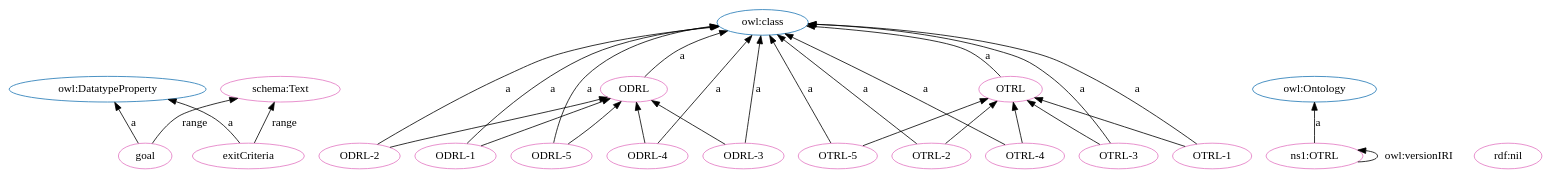
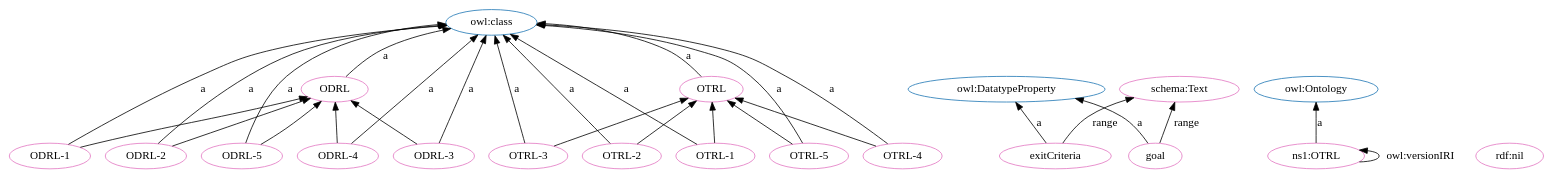
The diagram in OTRL.dot (OPEN-NEXT/OKH-LOSH), drawn with Graphviz before and after one commit. The commit also changed other lines of this file and 15 other files, not shown here.

```diff
--- a/OTRL.dot
+++ b/OTRL.dot
@@ -1,54 +1,54 @@
 digraph G {
   rankdir=BT
   node[height=.3]
+"http://purl.org/oseg/ontologies/OTRL#ODRL" [fillcolor="#1f77b4" color="#1f77b4" label="ODRL"]
+"http://www.w3.org/2002/07/owl#class" [fillcolor="#1f77b4" color="#1f77b4" label="owl:class"]
 "http://www.w3.org/2002/07/owl#DatatypeProperty" [fillcolor="#1f77b4" color="#1f77b4" label="owl:DatatypeProperty"]
-"http://www.w3.org/2002/07/owl#class" [fillcolor="#1f77b4" color="#1f77b4" label="owl:class"]
-"http://purl.org/oseg/ontologies/OTRL#ODRL" [fillcolor="#1f77b4" color="#1f77b4" label="ODRL"]
 "http://purl.org/oseg/ontologies/OTRL#OTRL" [fillcolor="#1f77b4" color="#1f77b4" label="OTRL"]
 "http://www.w3.org/2002/07/owl#Ontology" [fillcolor="#1f77b4" color="#1f77b4" label="owl:Ontology"]
 "http://schema.org/Text" [fillcolor="#e377c2" color="#e377c2" label="schema:Text"]
+"http://purl.org/oseg/ontologies/OTRL#OTRL-2" [fillcolor="#e377c2" color="#e377c2" label="OTRL-2"]
+"http://purl.org/oseg/ontologies/OTRL#exitCriteria" [fillcolor="#e377c2" color="#e377c2" label="exitCriteria"]
 "http://purl.org/oseg/ontologies/OTRL#OTRL" [fillcolor="#e377c2" color="#e377c2" label="OTRL"]
 "http://purl.org/oseg/ontologies/OTRL#ODRL" [fillcolor="#e377c2" color="#e377c2" label="ODRL"]
+"http://purl.org/oseg/ontologies/OTRL#ODRL-2" [fillcolor="#e377c2" color="#e377c2" label="ODRL-2"]
+"http://purl.org/oseg/ontologies/OTRL" [fillcolor="#e377c2" color="#e377c2" label="ns1:OTRL"]
+"http://www.w3.org/1999/02/22-rdf-syntax-ns#nil" [fillcolor="#e377c2" color="#e377c2" label="rdf:nil"]
+"http://purl.org/oseg/ontologies/OTRL#OTRL-3" [fillcolor="#e377c2" color="#e377c2" label="OTRL-3"]
+"http://purl.org/oseg/ontologies/OTRL#OTRL-1" [fillcolor="#e377c2" color="#e377c2" label="OTRL-1"]
+"http://purl.org/oseg/ontologies/OTRL#ODRL-1" [fillcolor="#e377c2" color="#e377c2" label="ODRL-1"]
+"http://purl.org/oseg/ontologies/OTRL#ODRL-5" [fillcolor="#e377c2" color="#e377c2" label="ODRL-5"]
+"http://purl.org/oseg/ontologies/OTRL#ODRL-3" [fillcolor="#e377c2" color="#e377c2" label="ODRL-3"]
 "http://purl.org/oseg/ontologies/OTRL#goal" [fillcolor="#e377c2" color="#e377c2" label="goal"]
-"http://purl.org/oseg/ontologies/OTRL#ODRL-1" [fillcolor="#e377c2" color="#e377c2" label="ODRL-1"]
-"http://purl.org/oseg/ontologies/OTRL" [fillcolor="#e377c2" color="#e377c2" label="ns1:OTRL"]
-"http://purl.org/oseg/ontologies/OTRL#OTRL-2" [fillcolor="#e377c2" color="#e377c2" label="OTRL-2"]
-"http://purl.org/oseg/ontologies/OTRL#ODRL-2" [fillcolor="#e377c2" color="#e377c2" label="ODRL-2"]
+"http://purl.org/oseg/ontologies/OTRL#ODRL-4" [fillcolor="#e377c2" color="#e377c2" label="ODRL-4"]
+"http://purl.org/oseg/ontologies/OTRL#OTRL-4" [fillcolor="#e377c2" color="#e377c2" label="OTRL-4"]
 "http://purl.org/oseg/ontologies/OTRL#OTRL-5" [fillcolor="#e377c2" color="#e377c2" label="OTRL-5"]
-"http://www.w3.org/1999/02/22-rdf-syntax-ns#nil" [fillcolor="#e377c2" color="#e377c2" label="rdf:nil"]
-"http://purl.org/oseg/ontologies/OTRL#OTRL-4" [fillcolor="#e377c2" color="#e377c2" label="OTRL-4"]
-"http://purl.org/oseg/ontologies/OTRL#ODRL-5" [fillcolor="#e377c2" color="#e377c2" label="ODRL-5"]
-"http://purl.org/oseg/ontologies/OTRL#OTRL-1" [fillcolor="#e377c2" color="#e377c2" label="OTRL-1"]
-"http://purl.org/oseg/ontologies/OTRL#ODRL-3" [fillcolor="#e377c2" color="#e377c2" label="ODRL-3"]
-"http://purl.org/oseg/ontologies/OTRL#OTRL-3" [fillcolor="#e377c2" color="#e377c2" label="OTRL-3"]
-"http://purl.org/oseg/ontologies/OTRL#ODRL-4" [fillcolor="#e377c2" color="#e377c2" label="ODRL-4"]
-"http://purl.org/oseg/ontologies/OTRL#exitCriteria" [fillcolor="#e377c2" color="#e377c2" label="exitCriteria"]
+  "http://purl.org/oseg/ontologies/OTRL#OTRL-2" -> "http://www.w3.org/2002/07/owl#class" [label="a"]
+  "http://purl.org/oseg/ontologies/OTRL#exitCriteria" -> "http://www.w3.org/2002/07/owl#DatatypeProperty" [label="a"]
+  "http://purl.org/oseg/ontologies/OTRL#ODRL" -> "http://www.w3.org/2002/07/owl#class" [label="a"]
+  "http://purl.org/oseg/ontologies/OTRL#ODRL-2" -> "http://www.w3.org/2002/07/owl#class" [label="a"]
+  "http://purl.org/oseg/ontologies/OTRL" -> "http://www.w3.org/2002/07/owl#Ontology" [label="a"]
+  "http://purl.org/oseg/ontologies/OTRL#ODRL-1" -> "http://www.w3.org/2002/07/owl#class" [label="a"]
+  "http://purl.org/oseg/ontologies/OTRL#ODRL-4" -> "http://purl.org/oseg/ontologies/OTRL#ODRL" [label=""]
   "http://purl.org/oseg/ontologies/OTRL#OTRL" -> "http://www.w3.org/2002/07/owl#class" [label="a"]
+  "http://purl.org/oseg/ontologies/OTRL#ODRL-5" -> "http://www.w3.org/2002/07/owl#class" [label="a"]
+  "http://purl.org/oseg/ontologies/OTRL#OTRL-3" -> "http://purl.org/oseg/ontologies/OTRL#OTRL" [label=""]
+  "http://purl.org/oseg/ontologies/OTRL#goal" -> "http://www.w3.org/2002/07/owl#DatatypeProperty" [label="a"]
+  "http://purl.org/oseg/ontologies/OTRL#ODRL-2" -> "http://purl.org/oseg/ontologies/OTRL#ODRL" [label=""]
+  "http://purl.org/oseg/ontologies/OTRL#OTRL-1" -> "http://purl.org/oseg/ontologies/OTRL#OTRL" [label=""]
+  "http://purl.org/oseg/ontologies/OTRL#exitCriteria" -> "http://schema.org/Text" [label="range"]
+  "http://purl.org/oseg/ontologies/OTRL" -> "http://purl.org/oseg/ontologies/OTRL" [label="owl:versionIRI"]
+  "http://purl.org/oseg/ontologies/OTRL#OTRL-3" -> "http://www.w3.org/2002/07/owl#class" [label="a"]
+  "http://purl.org/oseg/ontologies/OTRL#OTRL-1" -> "http://www.w3.org/2002/07/owl#class" [label="a"]
+  "http://purl.org/oseg/ontologies/OTRL#ODRL-5" -> "http://purl.org/oseg/ontologies/OTRL#ODRL" [label=""]
+  "http://purl.org/oseg/ontologies/OTRL#OTRL-5" -> "http://purl.org/oseg/ontologies/OTRL#OTRL" [label=""]
+  "http://purl.org/oseg/ontologies/OTRL#OTRL-5" -> "http://www.w3.org/2002/07/owl#class" [label="a"]
+  "http://purl.org/oseg/ontologies/OTRL#OTRL-4" -> "http://purl.org/oseg/ontologies/OTRL#OTRL" [label=""]
+  "http://purl.org/oseg/ontologies/OTRL#OTRL-2" -> "http://purl.org/oseg/ontologies/OTRL#OTRL" [label=""]
   "http://purl.org/oseg/ontologies/OTRL#ODRL-1" -> "http://purl.org/oseg/ontologies/OTRL#ODRL" [label=""]
-  "http://purl.org/oseg/ontologies/OTRL#ODRL-1" -> "http://www.w3.org/2002/07/owl#class" [label="a"]
-  "http://purl.org/oseg/ontologies/OTRL" -> "http://www.w3.org/2002/07/owl#Ontology" [label="a"]
-  "http://purl.org/oseg/ontologies/OTRL#ODRL-2" -> "http://www.w3.org/2002/07/owl#class" [label="a"]
-  "http://purl.org/oseg/ontologies/OTRL#OTRL-5" -> "http://www.w3.org/2002/07/owl#class" [label="a"]
+  "http://purl.org/oseg/ontologies/OTRL#ODRL-3" -> "http://www.w3.org/2002/07/owl#class" [label="a"]
+  "http://purl.org/oseg/ontologies/OTRL#goal" -> "http://schema.org/Text" [label="range"]
+  "http://purl.org/oseg/ontologies/OTRL#ODRL-4" -> "http://www.w3.org/2002/07/owl#class" [label="a"]
   "http://purl.org/oseg/ontologies/OTRL#OTRL-4" -> "http://www.w3.org/2002/07/owl#class" [label="a"]
   "http://purl.org/oseg/ontologies/OTRL#ODRL-3" -> "http://purl.org/oseg/ontologies/OTRL#ODRL" [label=""]
-  "http://purl.org/oseg/ontologies/OTRL#OTRL-1" -> "http://www.w3.org/2002/07/owl#class" [label="a"]
-  "http://purl.org/oseg/ontologies/OTRL#ODRL-3" -> "http://www.w3.org/2002/07/owl#class" [label="a"]
-  "http://purl.org/oseg/ontologies/OTRL#goal" -> "http://schema.org/Text" [label="range"]
-  "http://purl.org/oseg/ontologies/OTRL#OTRL-3" -> "http://www.w3.org/2002/07/owl#class" [label="a"]
-  "http://purl.org/oseg/ontologies/OTRL#ODRL-2" -> "http://purl.org/oseg/ontologies/OTRL#ODRL" [label=""]
-  "http://purl.org/oseg/ontologies/OTRL#ODRL-4" -> "http://purl.org/oseg/ontologies/OTRL#ODRL" [label=""]
-  "http://purl.org/oseg/ontologies/OTRL#ODRL-4" -> "http://www.w3.org/2002/07/owl#class" [label="a"]
-  "http://purl.org/oseg/ontologies/OTRL#exitCriteria" -> "http://www.w3.org/2002/07/owl#DatatypeProperty" [label="a"]
-  "http://purl.org/oseg/ontologies/OTRL#OTRL-5" -> "http://purl.org/oseg/ontologies/OTRL#OTRL" [label=""]
-  "http://purl.org/oseg/ontologies/OTRL#exitCriteria" -> "http://schema.org/Text" [label="range"]
-  "http://purl.org/oseg/ontologies/OTRL#OTRL-4" -> "http://purl.org/oseg/ontologies/OTRL#OTRL" [label=""]
-  "http://purl.org/oseg/ontologies/OTRL#ODRL-5" -> "http://purl.org/oseg/ontologies/OTRL#ODRL" [label=""]
-  "http://purl.org/oseg/ontologies/OTRL#goal" -> "http://www.w3.org/2002/07/owl#DatatypeProperty" [label="a"]
-  "http://purl.org/oseg/ontologies/OTRL#OTRL-2" -> "http://www.w3.org/2002/07/owl#class" [label="a"]
-  "http://purl.org/oseg/ontologies/OTRL#ODRL" -> "http://www.w3.org/2002/07/owl#class" [label="a"]
-  "http://purl.org/oseg/ontologies/OTRL#OTRL-1" -> "http://purl.org/oseg/ontologies/OTRL#OTRL" [label=""]
-  "http://purl.org/oseg/ontologies/OTRL#OTRL-2" -> "http://purl.org/oseg/ontologies/OTRL#OTRL" [label=""]
-  "http://purl.org/oseg/ontologies/OTRL#OTRL-3" -> "http://purl.org/oseg/ontologies/OTRL#OTRL" [label=""]
-  "http://purl.org/oseg/ontologies/OTRL" -> "http://purl.org/oseg/ontologies/OTRL" [label="owl:versionIRI"]
-  "http://purl.org/oseg/ontologies/OTRL#ODRL-5" -> "http://www.w3.org/2002/07/owl#class" [label="a"]
 }
```
